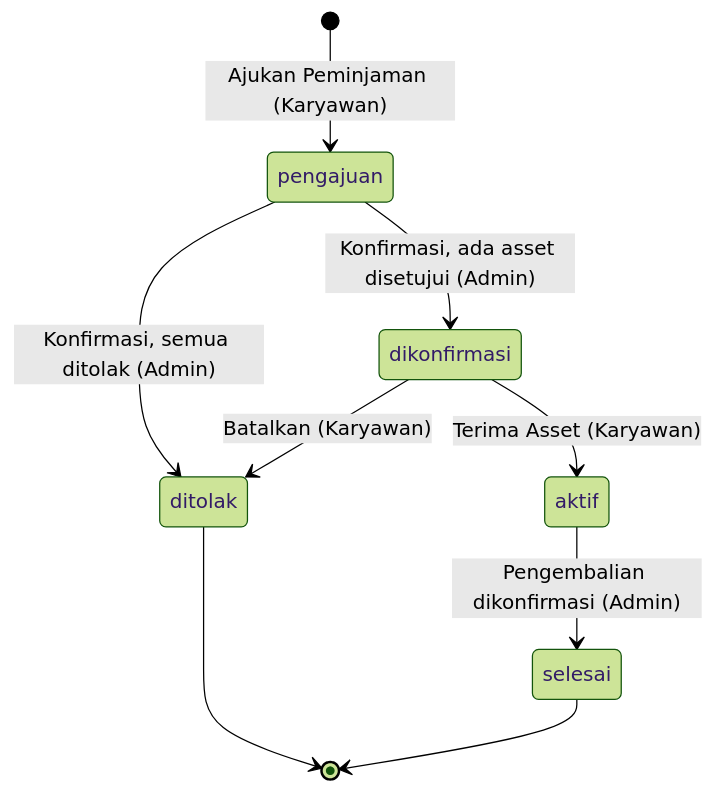
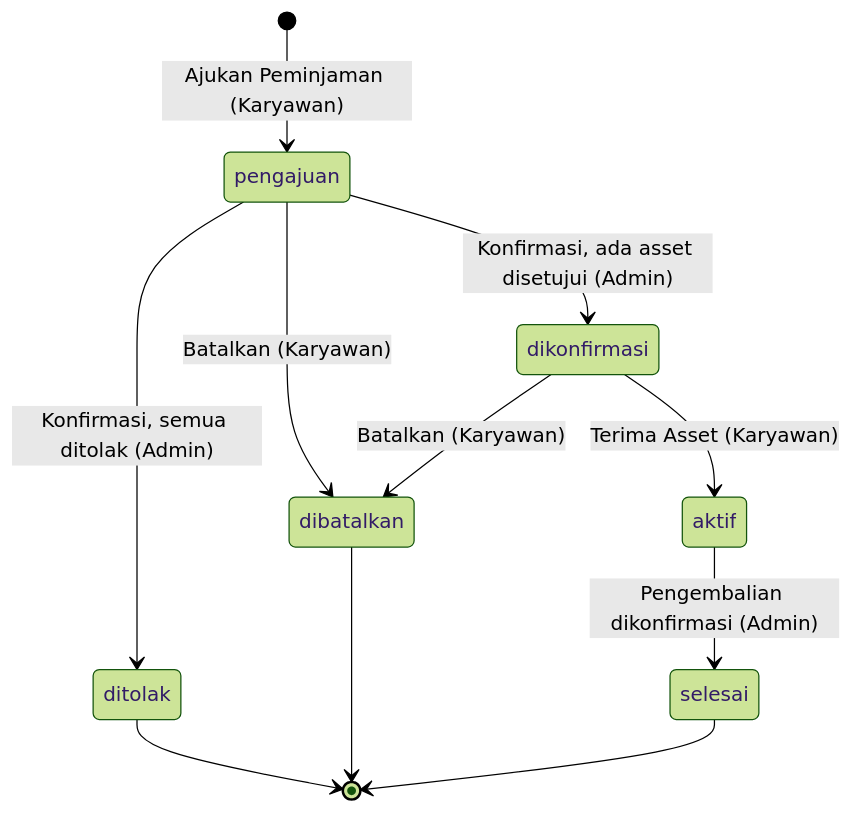
Before and after one commit to setiyawan12/DOKUMENTASI-ASSET: the fifth of 6 diagrams in dokumentasi-asset-peminjaman-karyawan.md, drawn with Mermaid (forest theme). The commit also changed other lines of this file and 6 other files, not shown here.

````diff
--- a/dokumentasi-asset-peminjaman-karyawan.md
+++ b/dokumentasi-asset-peminjaman-karyawan.md
@@ -376,11 +422,13 @@
 ```mermaid
 stateDiagram-v2
     [*] --> pengajuan: Ajukan Peminjaman (Karyawan)
     pengajuan --> dikonfirmasi: Konfirmasi, ada asset disetujui (Admin)
     pengajuan --> ditolak: Konfirmasi, semua ditolak (Admin)
     dikonfirmasi --> aktif: Terima Asset (Karyawan)
-    dikonfirmasi --> ditolak: Batalkan (Karyawan)
+    pengajuan --> dibatalkan: Batalkan (Karyawan)
+    dikonfirmasi --> dibatalkan: Batalkan (Karyawan)
     aktif --> selesai: Pengembalian dikonfirmasi (Admin)
     ditolak --> [*]
+    dibatalkan --> [*]
     selesai --> [*]
 ```
````
